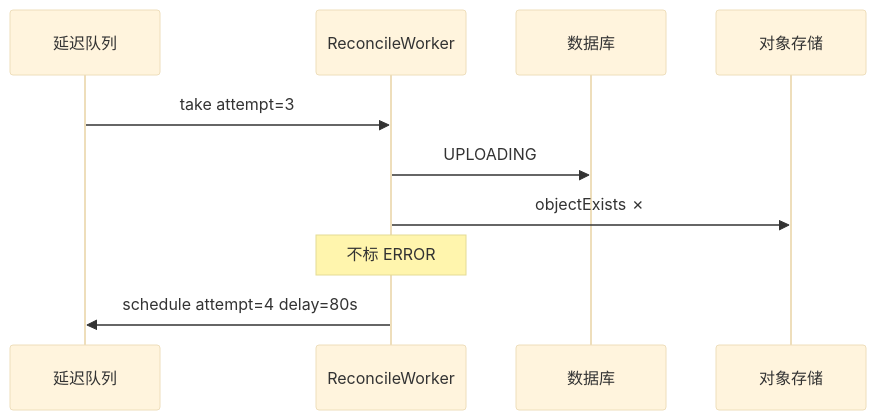
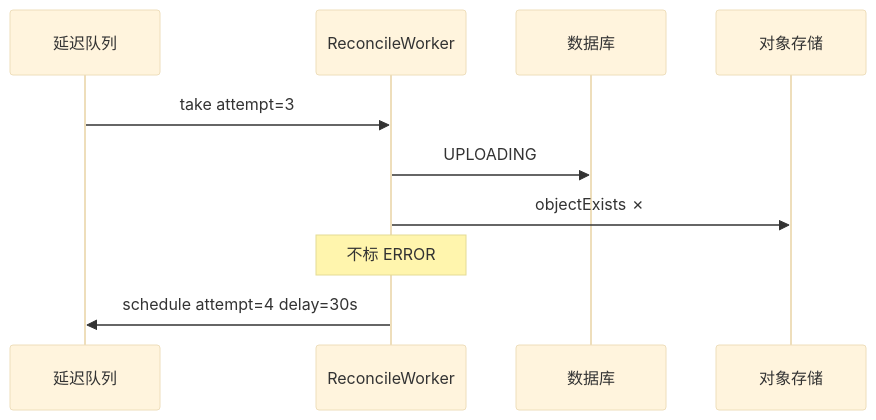
One commit to j2agent-ai/j2agent-docs changed the sixth of 9 diagrams in 平台/文件管理与对象存储/README.md. Above: the diagram before and after it, drawn with Mermaid (base theme). The commit also changed other lines of this file, not shown here.

````diff
--- a/平台/文件管理与对象存储/README.md
+++ b/平台/文件管理与对象存储/README.md
@@ -350,13 +353,13 @@
 ```mermaid
 sequenceDiagram
     participant Queue as 延迟队列
     participant Worker as ReconcileWorker
     participant DB as 数据库
     participant OSS as 对象存储
 
     Queue->>Worker: take attempt=3
     Worker->>DB: UPLOADING
     Worker->>OSS: objectExists ✗
     Note over Worker: 不标 ERROR
-    Worker->>Queue: schedule attempt=4 delay=80s
+    Worker->>Queue: schedule attempt=4 delay=30s
 ```
````
